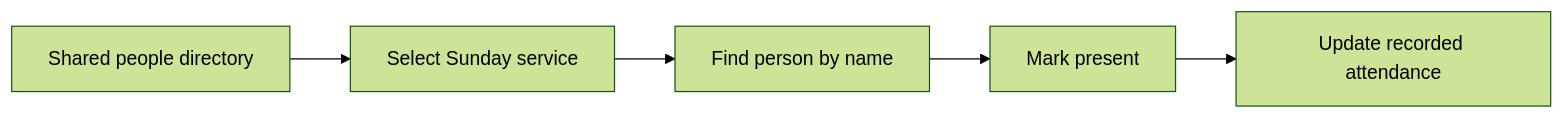
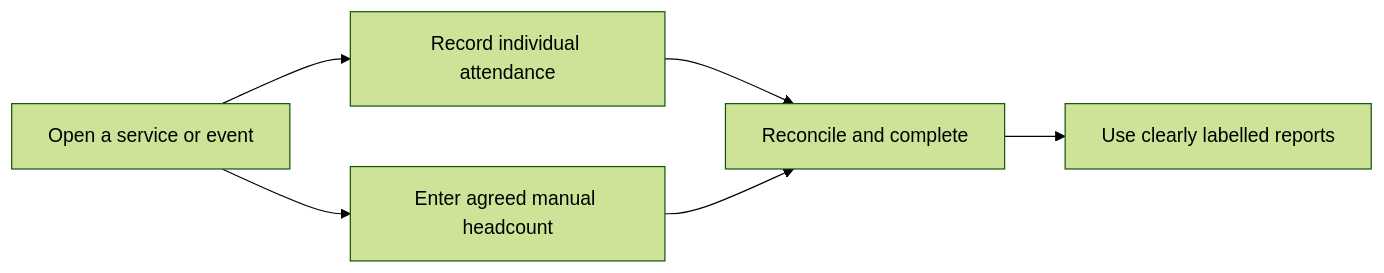
One commit to Elvis020/eglise changed the diagram in docs/attendance-and-reporting.md. Above: the diagram before and after it, drawn with Mermaid (forest theme). The commit also changed other lines of this file and 15 other files, not shown here.

First line of the commit message:
feat: align Eglise roadmap with stakeholder discovery

````diff
--- a/docs/attendance-and-reporting.md
+++ b/docs/attendance-and-reporting.md
@@ -13,7 +11,8 @@
 ```mermaid
 flowchart LR
-    directory["Shared people directory"] --> service["Select Sunday service"]
-    service --> find["Find person by name"]
-    find --> checkin["Mark present"]
-    checkin --> total["Update recorded attendance"]
+    event["Open a service or event"] --> individual["Record individual attendance"]
+    event --> headcount["Enter agreed manual headcount"]
+    individual --> reconcile["Reconcile and complete"]
+    headcount --> reconcile
+    reconcile --> report["Use clearly labelled reports"]
 ```
````
